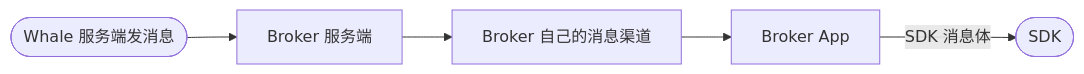
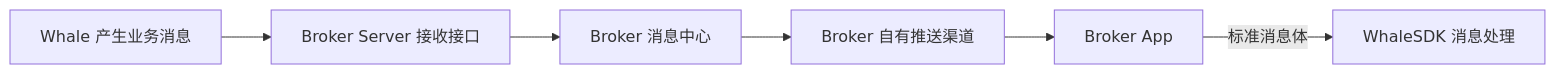
The second of 2 diagrams in cn/docs/message-push-options.mdx (longbridge/whale-docs), drawn with Mermaid before and after one commit. The commit also changed other lines of this file and 3 other files, not shown here.

````diff
--- a/cn/docs/message-push-options.mdx
+++ b/cn/docs/message-push-options.mdx
@@ -36,7 +51,8 @@
 ```mermaid
 flowchart LR
-  A([Whale 服务端发消息])-->B[Broker 服务端]
-  B-->C[Broker 自己的消息渠道]
-  C-->D[Broker App]
-  D--SDK 消息体-->E([SDK])
+  A[Whale 产生业务消息] --> B[Broker Server 接收接口]
+  B --> C[Broker 消息中心]
+  C --> D[Broker 自有推送渠道]
+  D --> E[Broker App]
+  E -->|标准消息体| F[WhaleSDK 消息处理]
 ```
````
